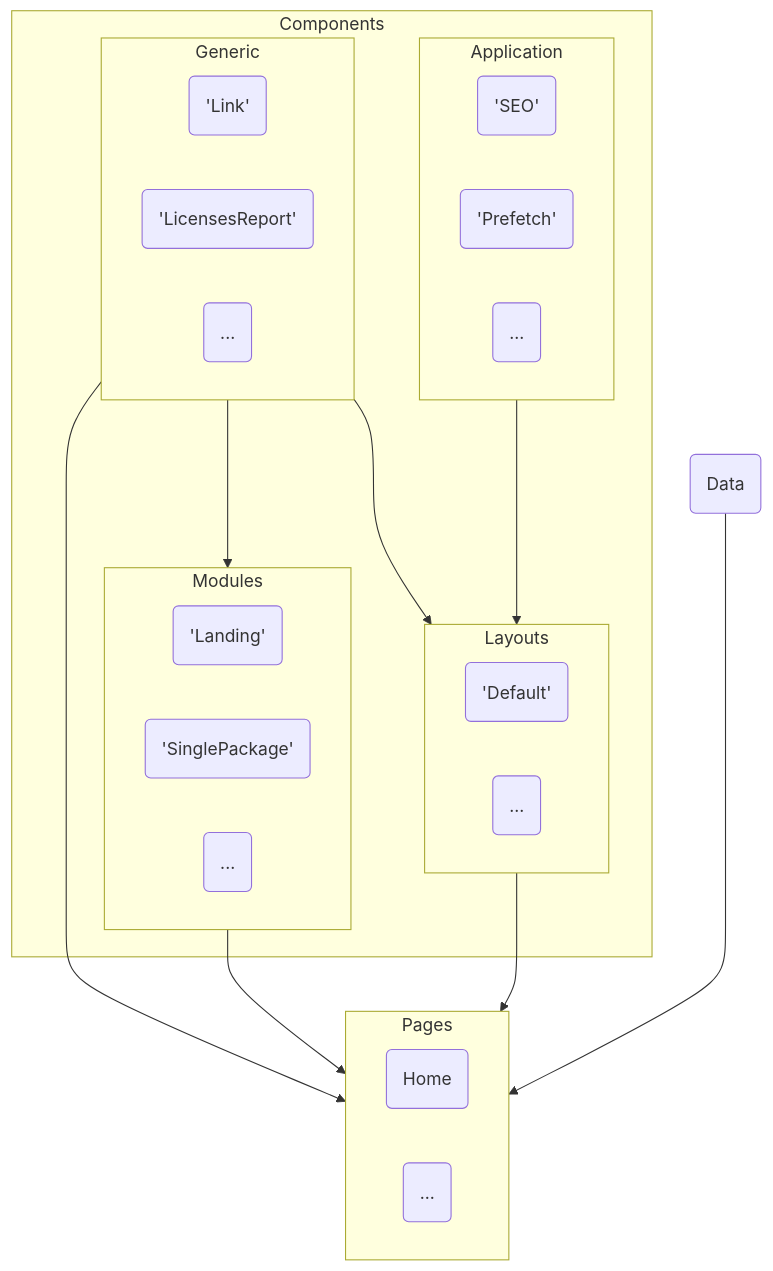
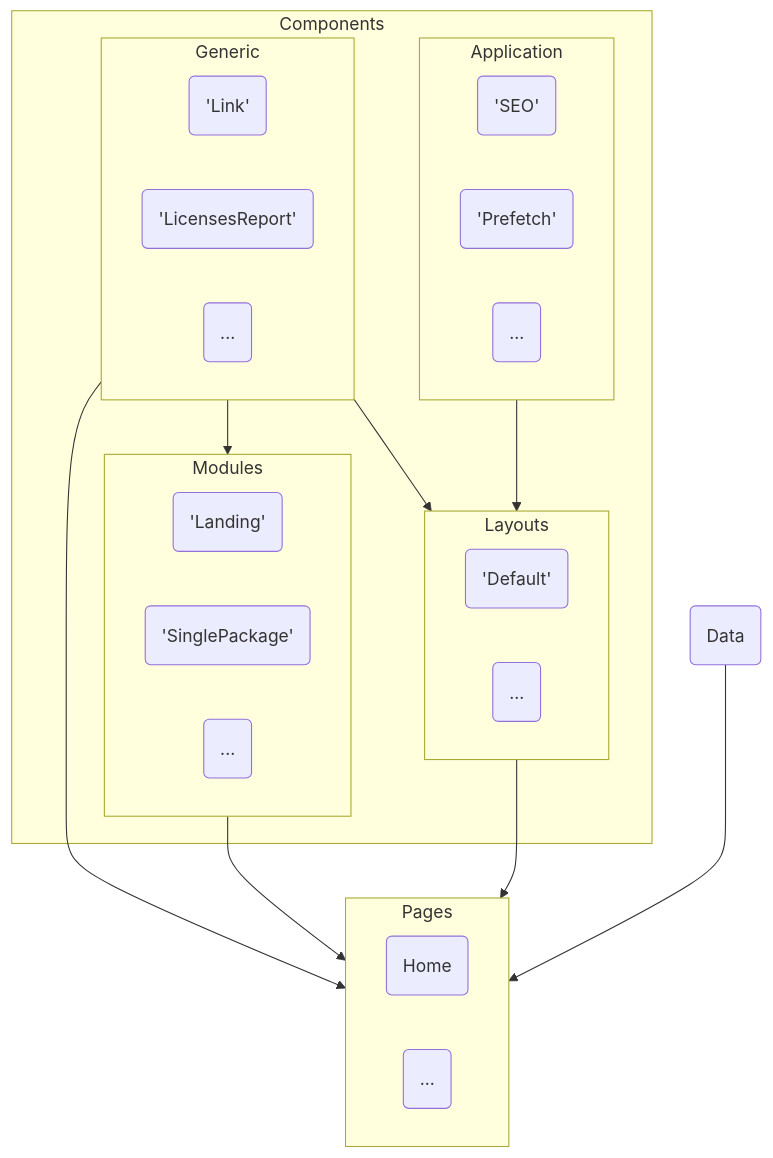
Before and after one commit to JulianCataldo/web-garden: the diagram in README.md, drawn with Mermaid.

Commit message:
docs: cleanup mermaid diagram

````diff
--- a/README.md
+++ b/README.md
@@ -68,42 +68,40 @@
 ```mermaid
 
 flowchart TB
 
-  subgraph Pages
-  Home(Home)
-  Etc2("...")
+subgraph Pages
+Home(Home)
+Etc2("...")
+end
+subgraph Components
+  subgraph Layouts
+  Default('Default')
+  Etc3("...")
   end
-  subgraph Components
-    subgraph Layouts
-    Default('Default')
-    Etc3("...")
-    end
-    subgraph Application
-    SEO('SEO')
-    Prefetch('Prefetch')
-    Etc("...")
-    end
-    subgraph Modules
-    Landing('Landing')
-    SinglePackage('SinglePackage')
-    Etc5("...")
-    end
-    subgraph Generic
-    Link('Link')
-    LicensesReport('LicensesReport')
-    Etc4("...")
-    end
+  subgraph Application
+  SEO('SEO')
+  Prefetch('Prefetch')
+  Etc("...")
   end
+  subgraph Modules
+  Landing('Landing')
+  SinglePackage('SinglePackage')
+  Etc5("...")
+  end
+  subgraph Generic
+  Link('Link')
+  LicensesReport('LicensesReport')
+  Etc4("...")
+  end
+end
 
+Data(Data)-->Pages
 
-Data(Data)--->Pages
-
-
-Application--->Layouts
-Generic--->Pages
+Application-->Layouts
+Generic-->Pages
 Modules-->Pages
-Generic--->Modules
-Generic--->Layouts
+Generic-->Modules
+Generic-->Layouts
 Layouts-->Pages
 
 ```
````
